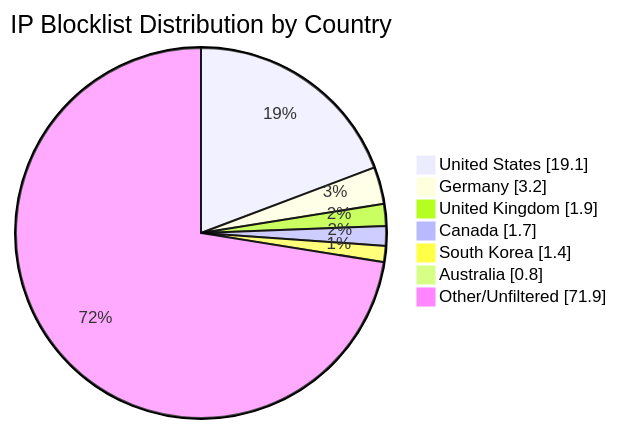
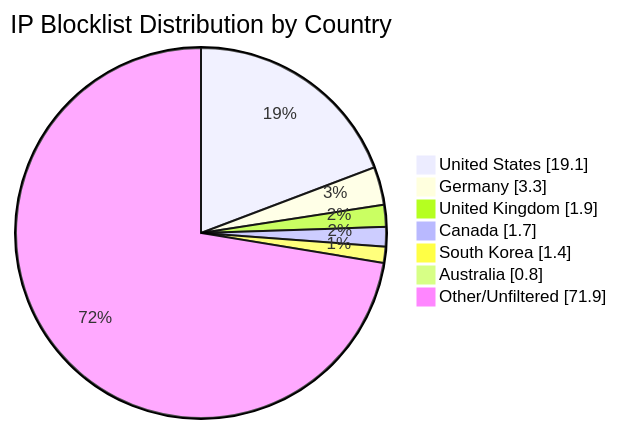
The diagram in README.md (MarcusHoltz/ipblocklist-geofiltered-aggregator), drawn with Mermaid before and after one commit. The commit also changed other lines of this file and 9 other files, not shown here.

````diff
--- a/README.md
+++ b/README.md
@@ -34,10 +34,10 @@
 ```mermaid
 pie showData title IP Blocklist Distribution by Country
 "United States" : 19.1
-"Germany" : 3.2
+"Germany" : 3.3
 "United Kingdom" : 1.9
 "Canada" : 1.7
 "South Korea" : 1.4
 "Australia" : 0.8
 "Other/Unfiltered" : 71.9
 ```
````
